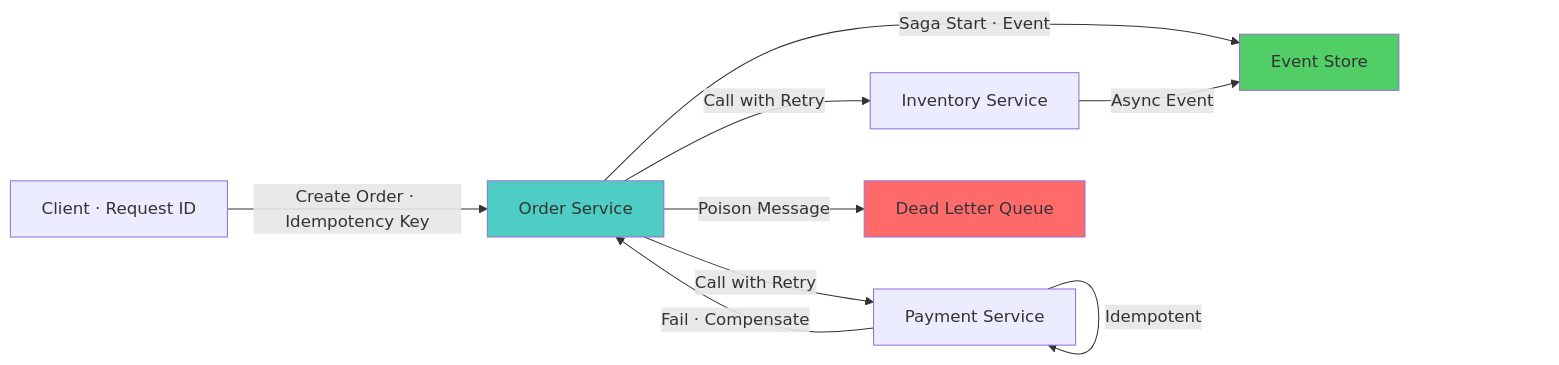
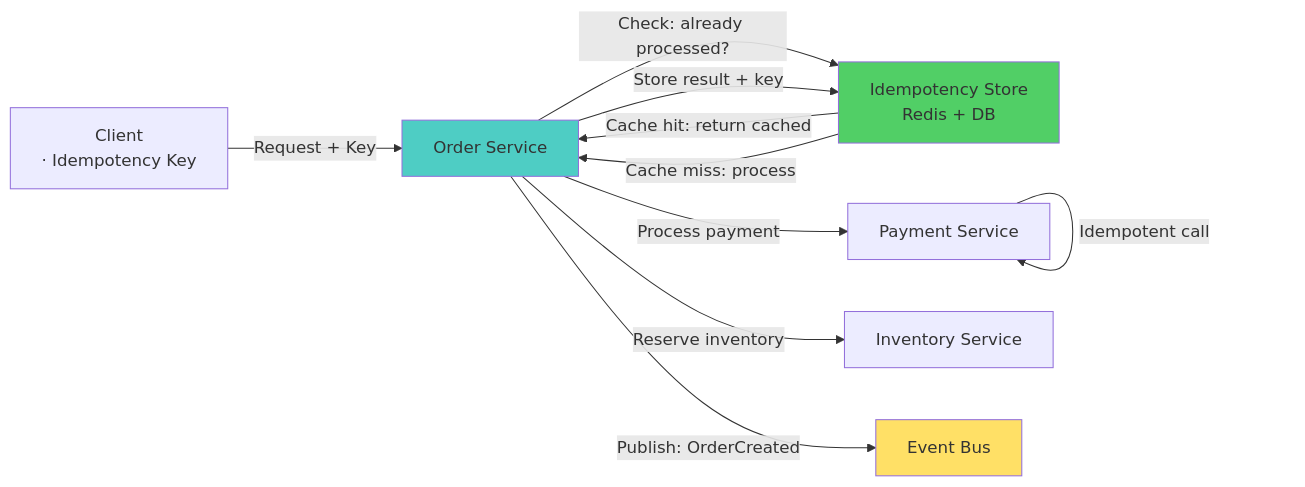
The third of 3 diagrams in docs/interview/04-data-consistency.md (nitinkc/microservices-interview), drawn with Mermaid before and after one commit. The commit also changed other lines of this file and 9 other files, not shown here.

````diff
--- a/docs/interview/04-data-consistency.md
+++ b/docs/interview/04-data-consistency.md
@@ -67,22 +352,23 @@
 ```mermaid
 graph LR
-    Client["Client · Request ID"]
-    OrderService["Order Service"]
-    PaymentService["Payment Service"]
-    InventoryService["Inventory Service"]
-    EventStore["Event Store"]
-    DeadLetter["Dead Letter Queue"]
-
-    Client -->|Create Order · Idempotency Key| OrderService
-    OrderService -->|Saga Start · Event| EventStore
-    OrderService -->|Call with Retry| PaymentService
-    PaymentService -->|Idempotent| PaymentService
-    OrderService -->|Call with Retry| InventoryService
-    InventoryService -->|Async Event| EventStore
-    PaymentService -->|Fail · Compensate| OrderService
-    OrderService -->|Poison Message| DeadLetter
-
-    style OrderService fill:#4ecdc4
-    style EventStore fill:#51cf66
-    style DeadLetter fill:#ff6b6b
+    Client["Client\n· Idempotency Key"]
+    OrderSvc["Order Service"]
+    IdempStore["Idempotency Store\nRedis + DB"]
+    PaymentSvc["Payment Service"]
+    InventorySvc["Inventory Service"]
+    EventBus["Event Bus"]
+    
+    Client -->|Request + Key| OrderSvc
+    OrderSvc -->|Check: already processed?| IdempStore
+    IdempStore -->|Cache hit: return cached| OrderSvc
+    IdempStore -->|Cache miss: process| OrderSvc
+    OrderSvc -->|Reserve inventory| InventorySvc
+    OrderSvc -->|Process payment| PaymentSvc
+    PaymentSvc -->|Idempotent call| PaymentSvc
+    OrderSvc -->|Store result + key| IdempStore
+    OrderSvc -->|Publish: OrderCreated| EventBus
+    
+    style IdempStore fill:#51cf66
+    style OrderSvc fill:#4ecdc4
+    style EventBus fill:#ffe066
 ```
````
